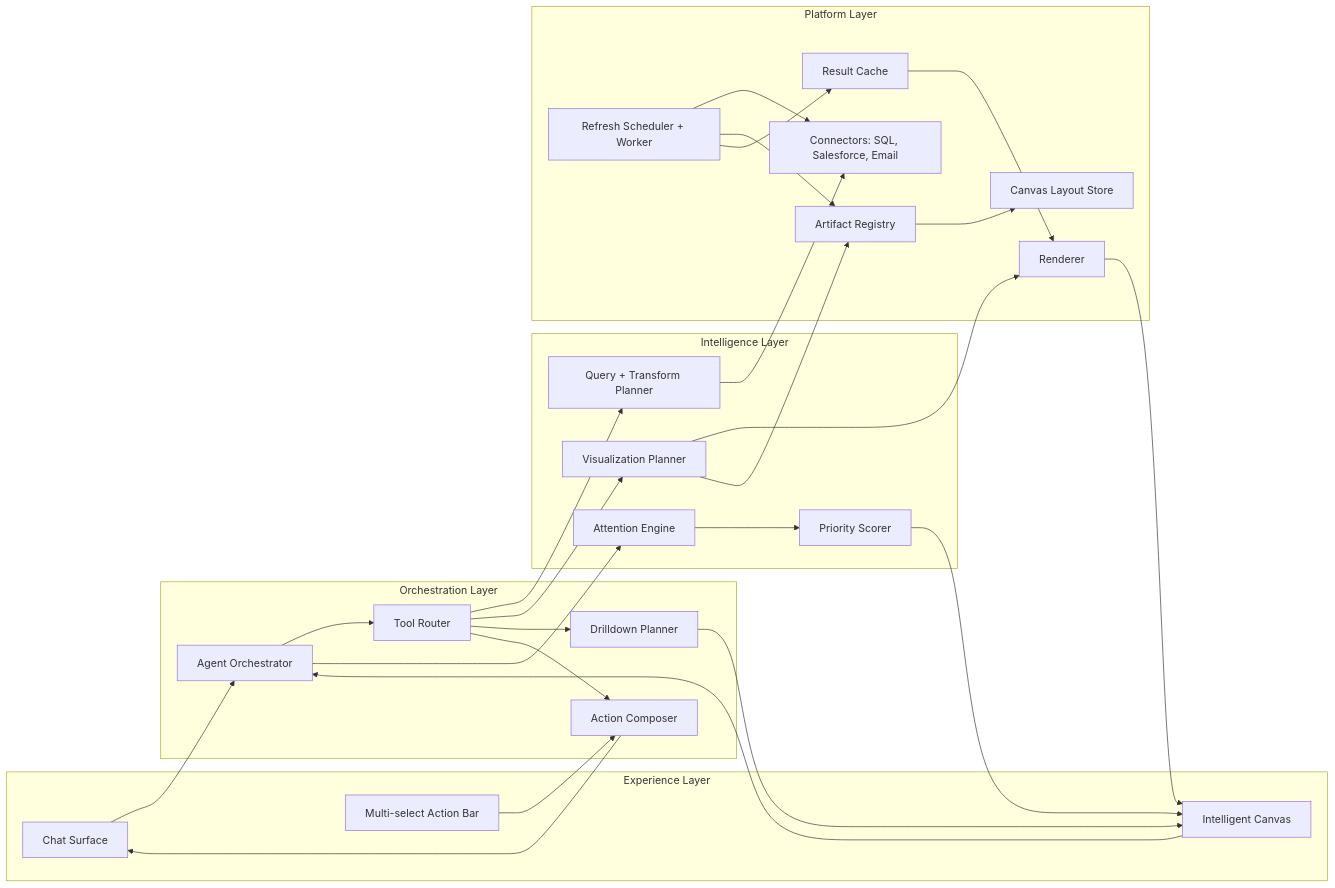
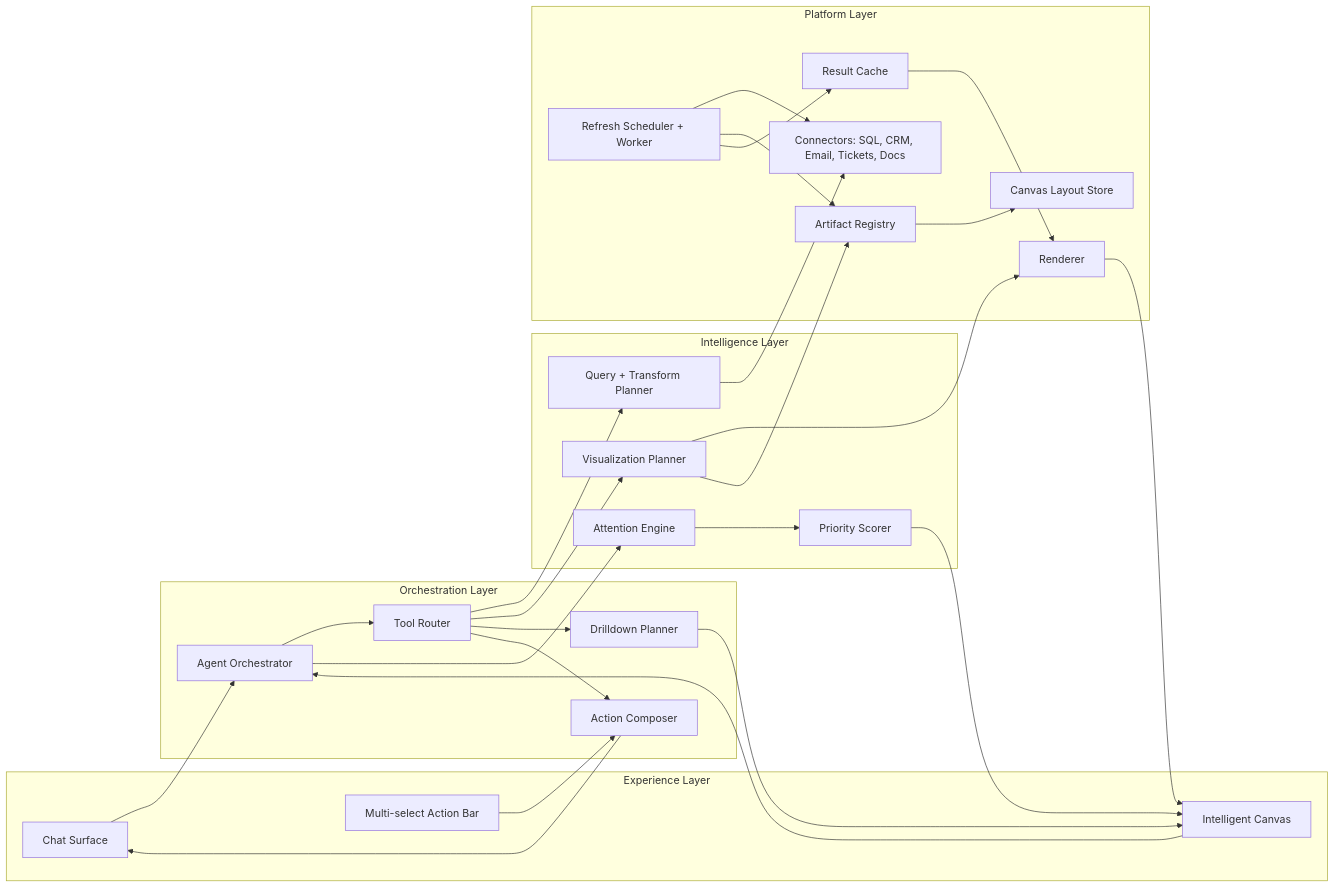
The first of 8 diagrams in docs/feat/intelligent-canvas.md (divamidesignlabs/ai-pylogue), drawn with Mermaid before and after one commit. The commit also changed other lines of this file and 2 other files, not shown here.

````diff
--- a/docs/feat/intelligent-canvas.md
+++ b/docs/feat/intelligent-canvas.md
@@ -37,54 +37,54 @@
 ```mermaid
 flowchart LR
   subgraph UX["Experience Layer"]
     C["Chat Surface"]
     X["Intelligent Canvas"]
     M["Multi-select Action Bar"]
   end
 
   subgraph ORCH["Orchestration Layer"]
     A["Agent Orchestrator"]
     T["Tool Router"]
     D["Drilldown Planner"]
     ACT["Action Composer"]
   end
 
   subgraph INTEL["Intelligence Layer"]
     Q["Query + Transform Planner"]
     V["Visualization Planner"]
     ATT["Attention Engine"]
     S["Priority Scorer"]
   end
 
   subgraph PLATFORM["Platform Layer"]
-    CONN["Connectors: SQL, Salesforce, Email"]
+    CONN["Connectors: SQL, CRM, Email, Tickets, Docs"]
     ART["Artifact Registry"]
     CAN["Canvas Layout Store"]
     R["Renderer"]
     J["Refresh Scheduler + Worker"]
     CACHE["Result Cache"]
   end
 
   C --> A
   X --> A
   M --> ACT
   A --> T
   T --> Q
   T --> V
   T --> D
   T --> ACT
   Q --> CONN
   V --> R
   A --> ATT
   ATT --> S
   S --> X
   V --> ART
   ART --> CAN
   J --> CONN
   J --> ART
   J --> CACHE
   CACHE --> R
   R --> X
   D --> X
   ACT --> C
 ```
````
